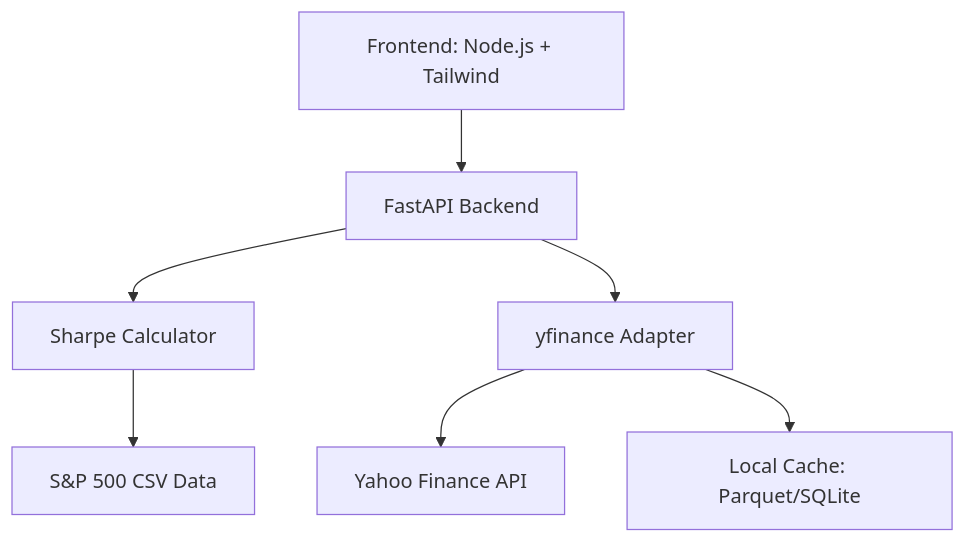
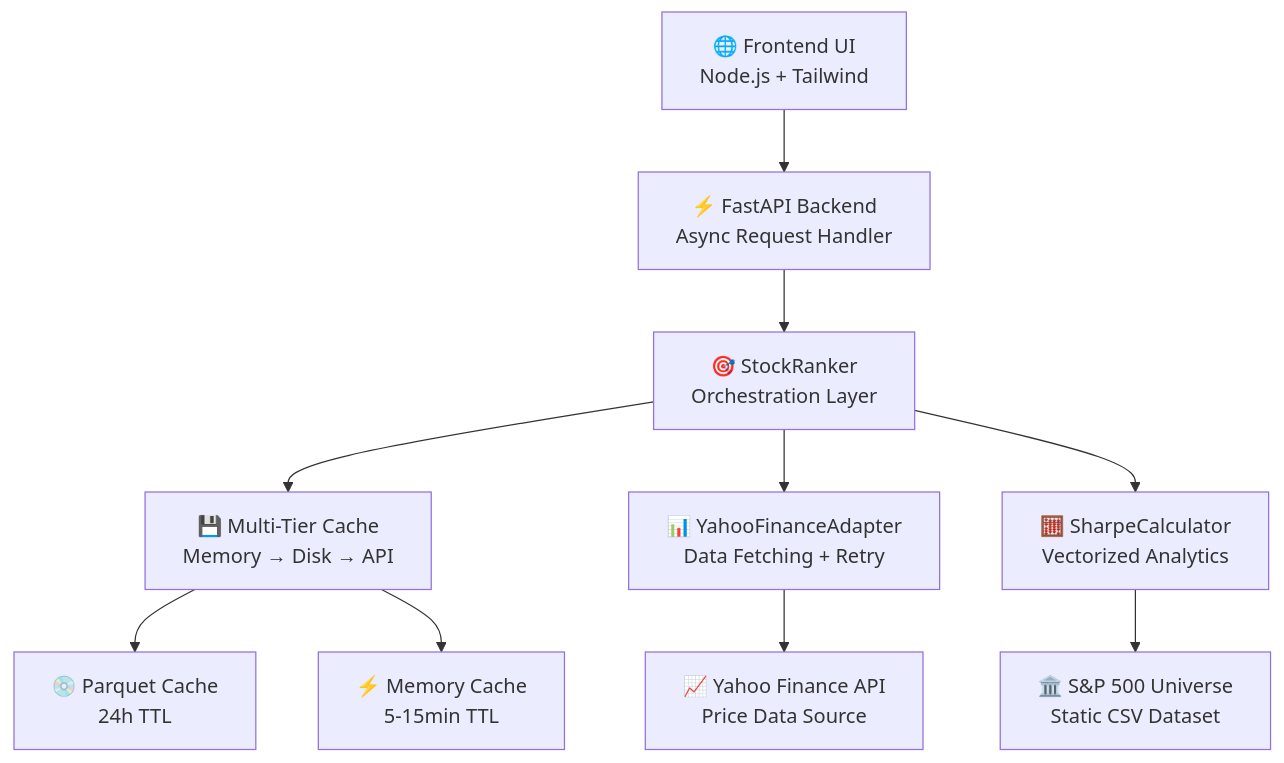
One commit to laurentHQ/top5-sharpe changed the diagram in README.md. Above: the diagram before and after it, drawn with Mermaid. The commit also changed other lines of this file, not shown here.

````diff
--- a/README.md
+++ b/README.md
@@ -25,9 +27,12 @@
 ```mermaid
 graph TD
-    A[Frontend: Node.js + Tailwind] --> B[FastAPI Backend]
-    B --> C[Sharpe Calculator]
-    B --> D[yfinance Adapter]
-    D --> E[Yahoo Finance API]
-    D --> F[Local Cache: Parquet/SQLite]
-    C --> G[S&P 500 CSV Data]
+    A["🌐 Frontend UI<br/>Node.js + Tailwind"] --> B["⚡ FastAPI Backend<br/>Async Request Handler"]
+    B --> C["🎯 StockRanker<br/>Orchestration Layer"]
+    C --> D["💾 Multi-Tier Cache<br/>Memory → Disk → API"]
+    C --> E["📊 YahooFinanceAdapter<br/>Data Fetching + Retry"]
+    C --> F["🧮 SharpeCalculator<br/>Vectorized Analytics"]
+    E --> G["📈 Yahoo Finance API<br/>Price Data Source"]
+    F --> H["🏛️ S&P 500 Universe<br/>Static CSV Dataset"]
+    D --> I["💿 Parquet Cache<br/>24h TTL"]
+    D --> J["⚡ Memory Cache<br/>5-15min TTL"]
 ```
````
